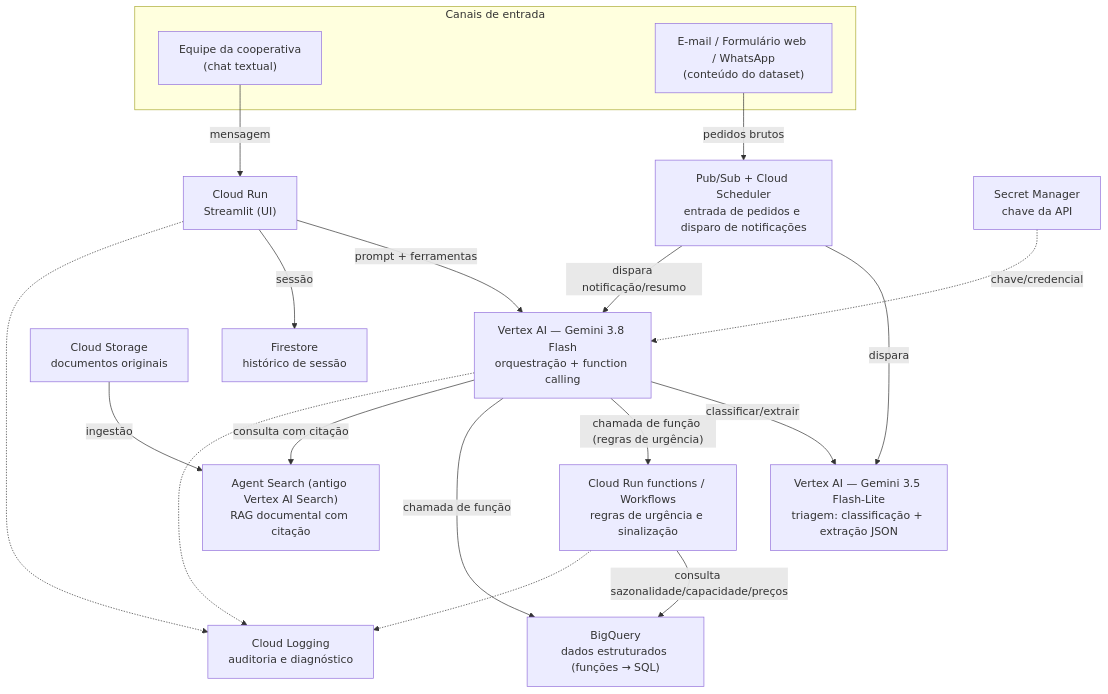
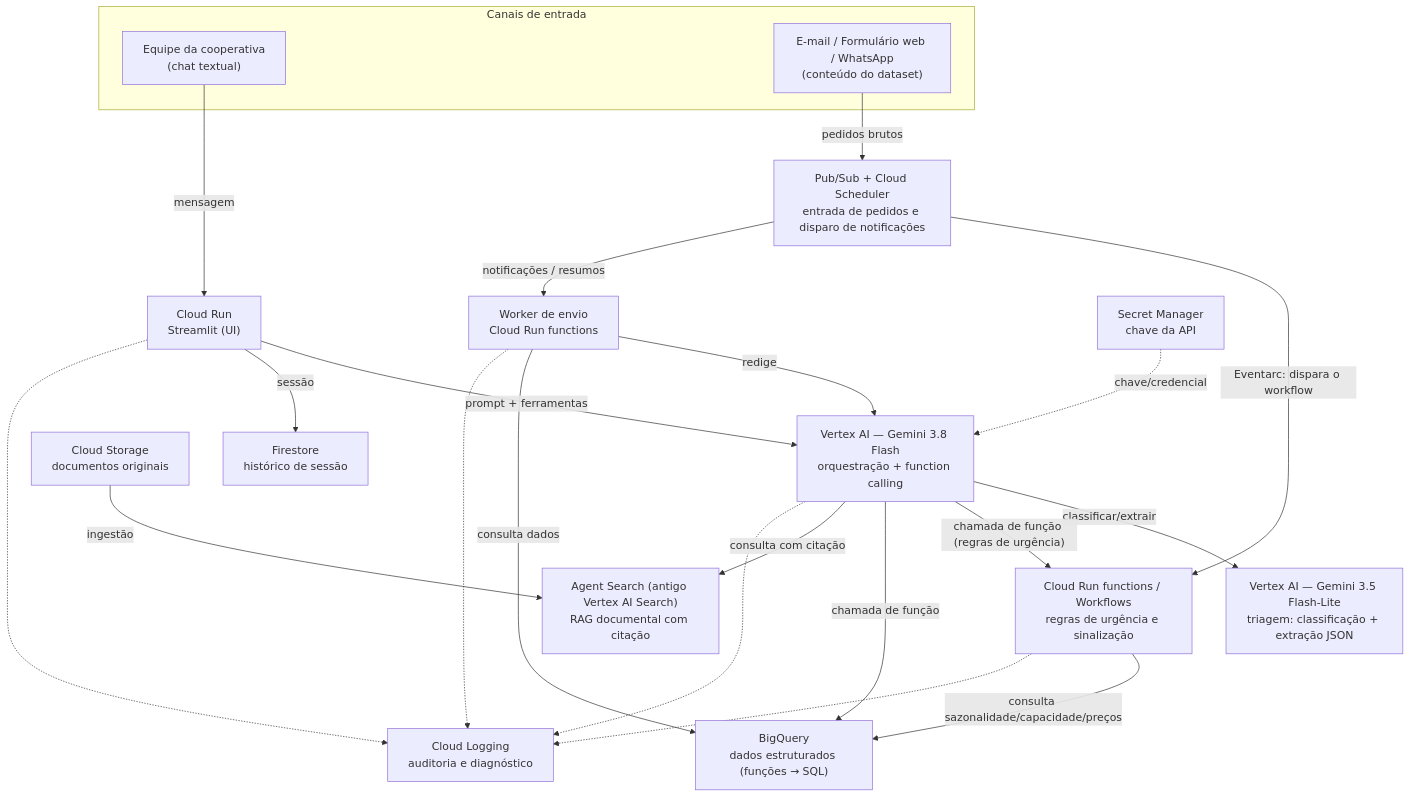
One commit to Mur1love/sabor-da-terra-assistente changed the first of 5 diagrams in docs/04-arquitetura.md. Above: the diagram before and after it, drawn with Mermaid. The commit also changed other lines of this file and 14 other files, not shown here.

````diff
--- a/docs/04-arquitetura.md
+++ b/docs/04-arquitetura.md
@@ -152,36 +207,40 @@
 ```mermaid
 flowchart TB
     subgraph Entrada["Canais de entrada"]
         UI["Equipe da cooperativa<br/>(chat textual)"]
         Canais["E-mail / Formulário web / WhatsApp<br/>(conteúdo do dataset)"]
     end
 
     CR["Cloud Run<br/>Streamlit (UI)"]
     VAI["Vertex AI — Gemini 3.8 Flash<br/>orquestração + function calling"]
     FL["Vertex AI — Gemini 3.5 Flash-Lite<br/>triagem: classificação + extração JSON"]
     FUN["Cloud Run functions / Workflows<br/>regras de urgência e sinalização"]
+    WK["Worker de envio<br/>Cloud Run functions"]
     BQ["BigQuery<br/>dados estruturados (funções → SQL)"]
     AS["Agent Search (antigo Vertex AI Search)<br/>RAG documental com citação"]
     GCS["Cloud Storage<br/>documentos originais"]
     FST["Firestore<br/>histórico de sessão"]
     PS["Pub/Sub + Cloud Scheduler<br/>entrada de pedidos e disparo de notificações"]
     SM["Secret Manager<br/>chave da API"]
     LOG["Cloud Logging<br/>auditoria e diagnóstico"]
 
     UI -->|"mensagem"| CR
     CR -->|"prompt + ferramentas"| VAI
     CR -->|"sessão"| FST
     VAI -->|"classificar/extrair"| FL
     VAI -->|"chamada de função (regras de urgência)"| FUN
     VAI -->|"chamada de função"| BQ
     VAI -->|"consulta com citação"| AS
     Canais -->|"pedidos brutos"| PS
-    PS -->|"dispara"| FL
-    PS -->|"dispara notificação/resumo"| VAI
+    PS -->|"Eventarc: dispara o workflow"| FUN
+    PS -->|"notificações / resumos"| WK
+    WK -->|"redige"| VAI
+    WK -->|"consulta dados"| BQ
     GCS -->|"ingestão"| AS
     FUN -->|"consulta sazonalidade/capacidade/preços"| BQ
     SM -.->|"chave/credencial"| VAI
     CR -.-> LOG
     VAI -.-> LOG
     FUN -.-> LOG
+    WK -.-> LOG
 ```
````
